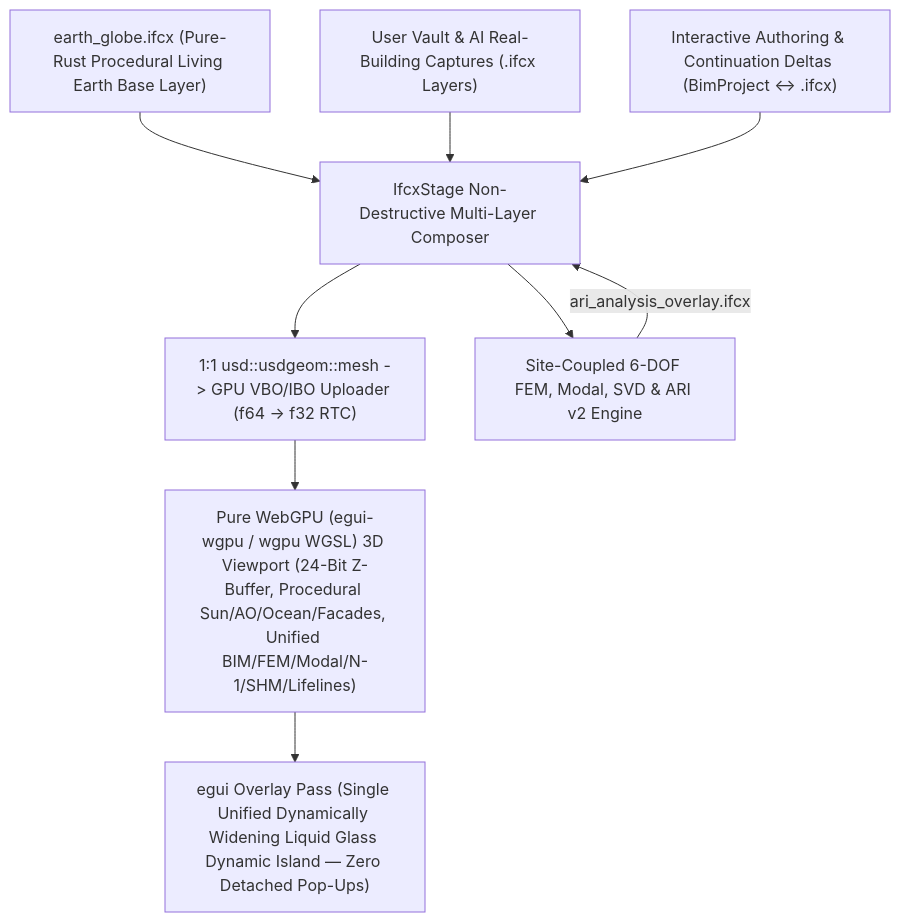
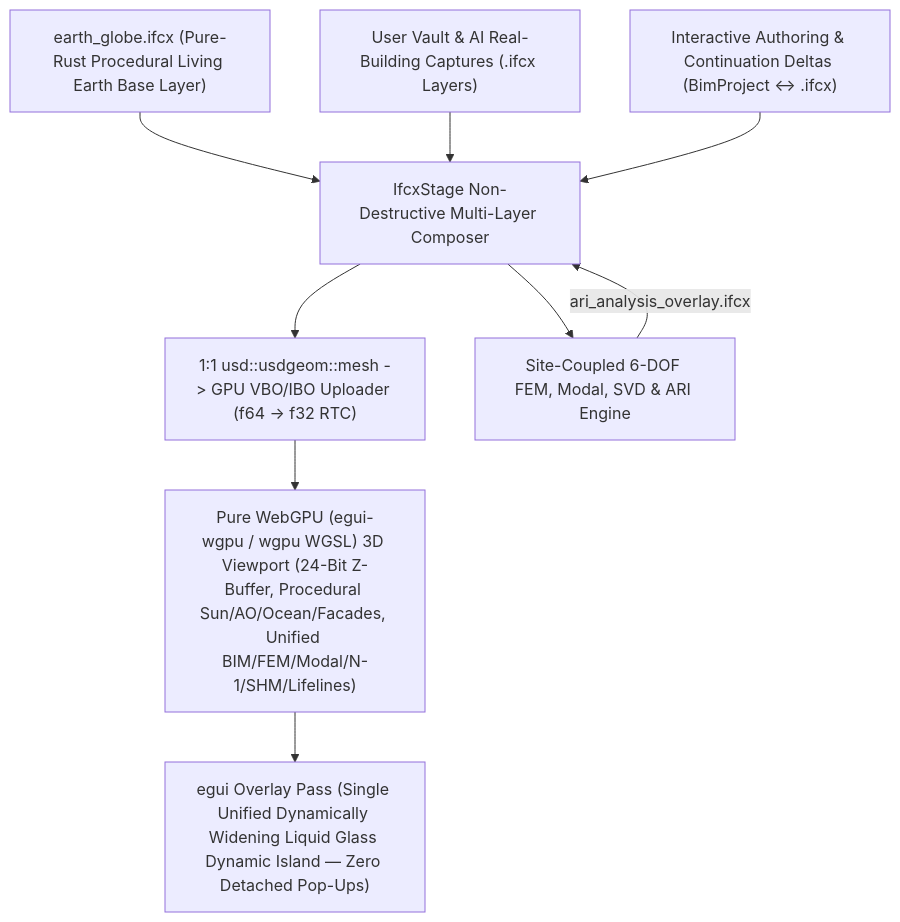
Before and after one commit to haridsirawan/EigenGraph: the diagram in docs/IFCX Earth.md, drawn with Mermaid. The commit also changed other lines of this file and 23 other files, not shown here.

````diff
--- a/docs/IFCX Earth.md
+++ b/docs/IFCX Earth.md
@@ -91,13 +91,13 @@
 ```mermaid
 flowchart TD
     A["earth_globe.ifcx (Pure-Rust Procedural Living Earth Base Layer)"] --> D["IfcxStage Non-Destructive Multi-Layer Composer"]
     B["User Vault & AI Real-Building Captures (.ifcx Layers)"] --> D
     C["Interactive Authoring & Continuation Deltas (BimProject <-> .ifcx)"] --> D
 
     D --> E["1:1 usd::usdgeom::mesh -> GPU VBO/IBO Uploader (f64 -> f32 RTC)"]
-    D --> F["Site-Coupled 6-DOF FEM, Modal, SVD & ARI v2 Engine"]
+    D --> F["Site-Coupled 6-DOF FEM, Modal, SVD & ARI Engine"]
     F -->|"ari_analysis_overlay.ifcx"| D
 
     E --> G["Pure WebGPU (egui-wgpu / wgpu WGSL) 3D Viewport (24-Bit Z-Buffer, Procedural Sun/AO/Ocean/Facades, Unified BIM/FEM/Modal/N-1/SHM/Lifelines)"]
     G --> H["egui Overlay Pass (Single Unified Dynamically Widening Liquid Glass Dynamic Island — Zero Detached Pop-Ups)"]
 ```
````
